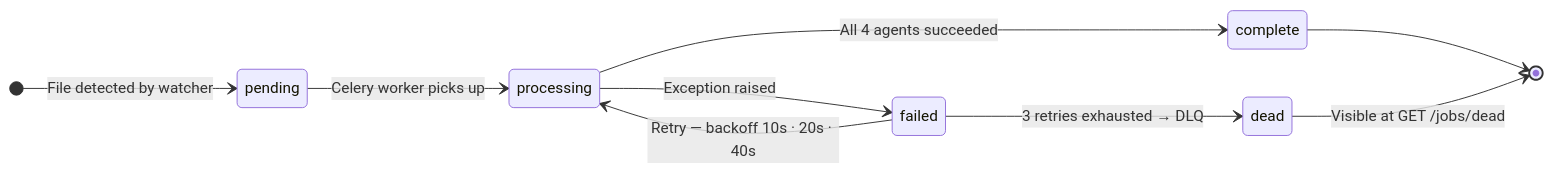
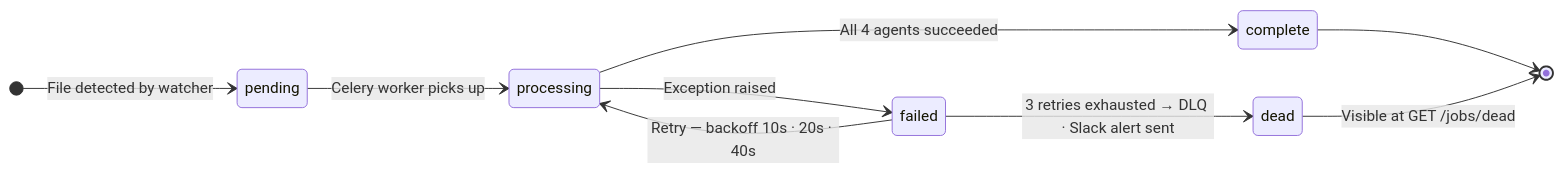
Before and after one commit to mhdSharuk/DealFlow: the third of 4 diagrams in README.md, drawn with Mermaid. The commit also changed other lines of this file and 1 other file, not shown here.

````diff
--- a/README.md
+++ b/README.md
@@ -96,12 +96,12 @@
 ```mermaid
 stateDiagram-v2
     direction LR
     [*] --> pending : File detected by watcher
     pending --> processing : Celery worker picks up
     processing --> complete : All 4 agents succeeded
     processing --> failed : Exception raised
     failed --> processing : Retry — backoff 10s · 20s · 40s
-    failed --> dead : 3 retries exhausted → DLQ
+    failed --> dead : 3 retries exhausted → DLQ · Slack alert sent
     complete --> [*]
     dead --> [*] : Visible at GET /jobs/dead
 ```
````
